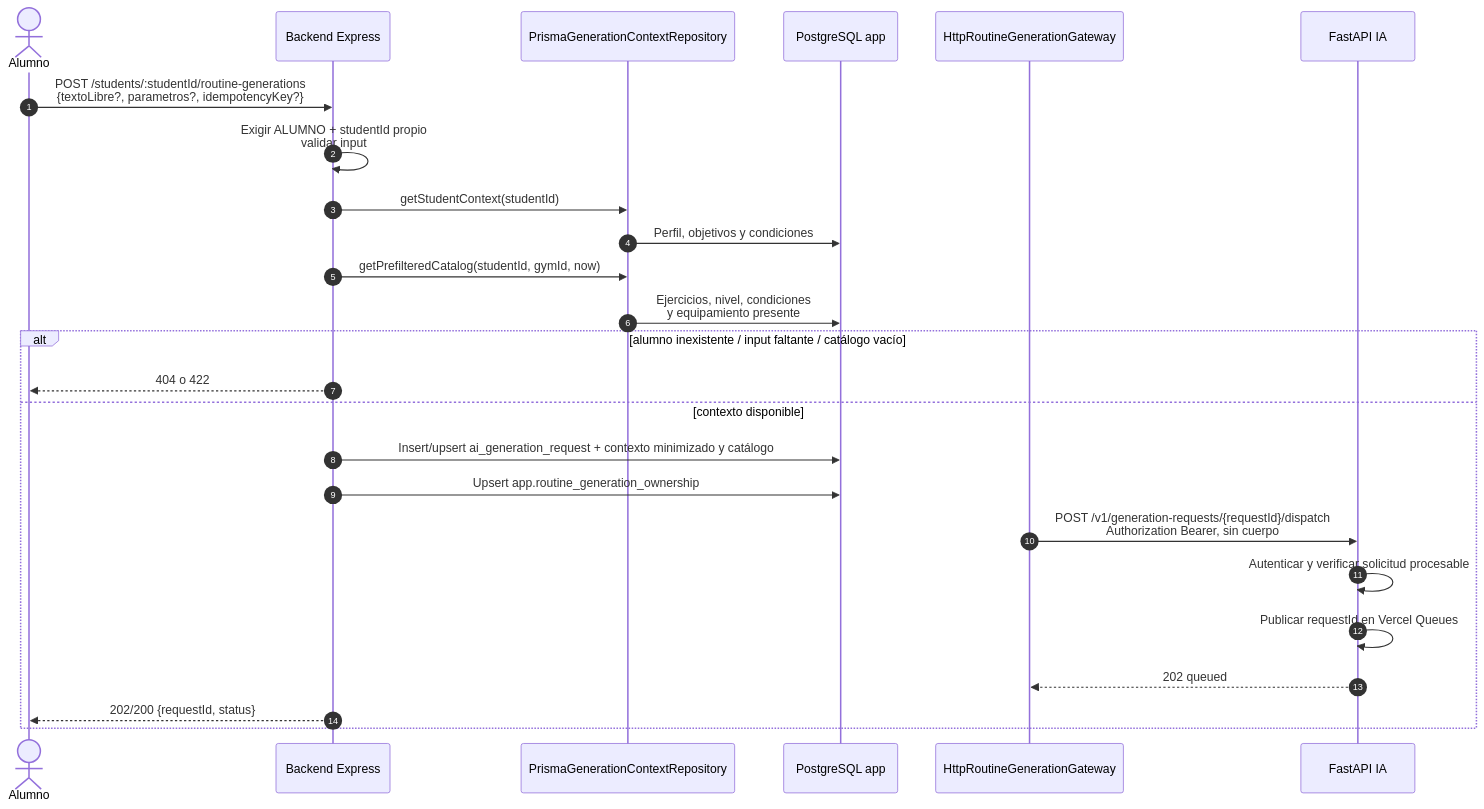
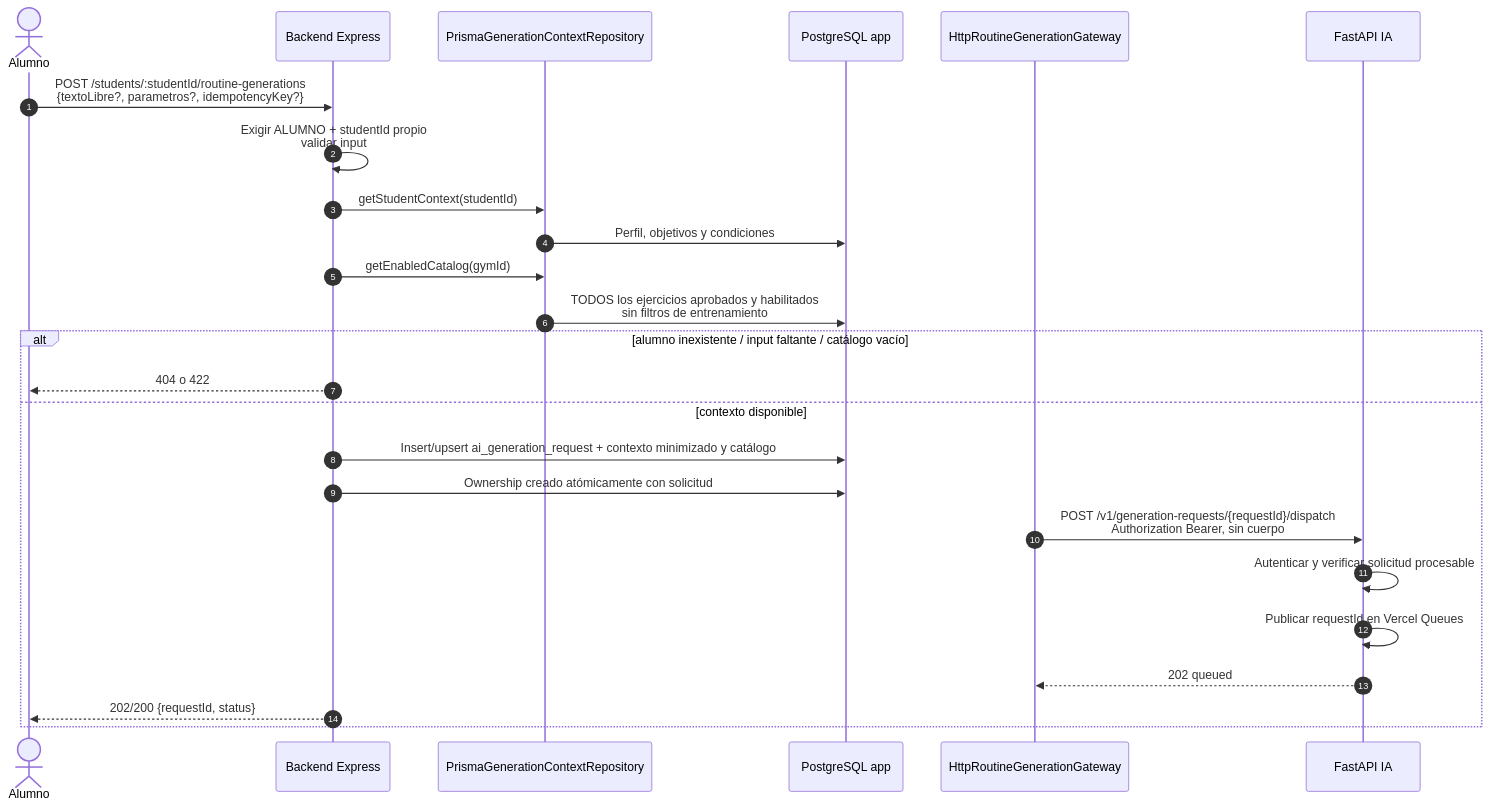
Before and after one commit to Maico-Zurbriggen/proyecto-gimnasio-documentacion: diagram 11 of 15 in architecture/implemented-sequence-diagrams.md, drawn with Mermaid. The commit also changed other lines of this file and 34 other files, not shown here.

````diff
--- a/architecture/implemented-sequence-diagrams.md
+++ b/architecture/implemented-sequence-diagrams.md
@@ -526,28 +529,28 @@
 ```mermaid
 sequenceDiagram
     autonumber
     actor Cliente as Alumno
     participant API as Backend Express
     participant Context as PrismaGenerationContextRepository
     participant DB as PostgreSQL app
     participant Gateway as HttpRoutineGenerationGateway
     participant AI as FastAPI IA
 
     Cliente->>API: POST /students/:studentId/routine-generations<br/>{textoLibre?, parametros?, idempotencyKey?}
     API->>API: Exigir ALUMNO + studentId propio<br/>validar input
     API->>Context: getStudentContext(studentId)
     Context->>DB: Perfil, objetivos y condiciones
-    API->>Context: getPrefilteredCatalog(studentId, gymId, now)
-    Context->>DB: Ejercicios, nivel, condiciones<br/>y equipamiento presente
+    API->>Context: getEnabledCatalog(gymId)
+    Context->>DB: TODOS los ejercicios aprobados y habilitados<br/>sin filtros de entrenamiento
     alt alumno inexistente / input faltante / catálogo vacío
         API-->>Cliente: 404 o 422
     else contexto disponible
         API->>DB: Insert/upsert ai_generation_request + contexto minimizado y catálogo
-        API->>DB: Upsert app.routine_generation_ownership
+        API->>DB: Ownership creado atómicamente con solicitud
         Gateway->>AI: POST /v1/generation-requests/{requestId}/dispatch<br/>Authorization Bearer, sin cuerpo
         AI->>AI: Autenticar y verificar solicitud procesable
         AI->>AI: Publicar requestId en Vercel Queues
         AI-->>Gateway: 202 queued
         API-->>Cliente: 202/200 {requestId, status}
     end
 ```
````
